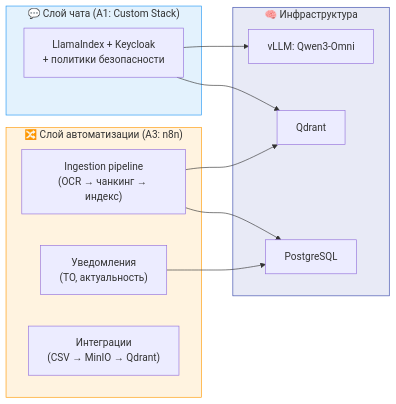
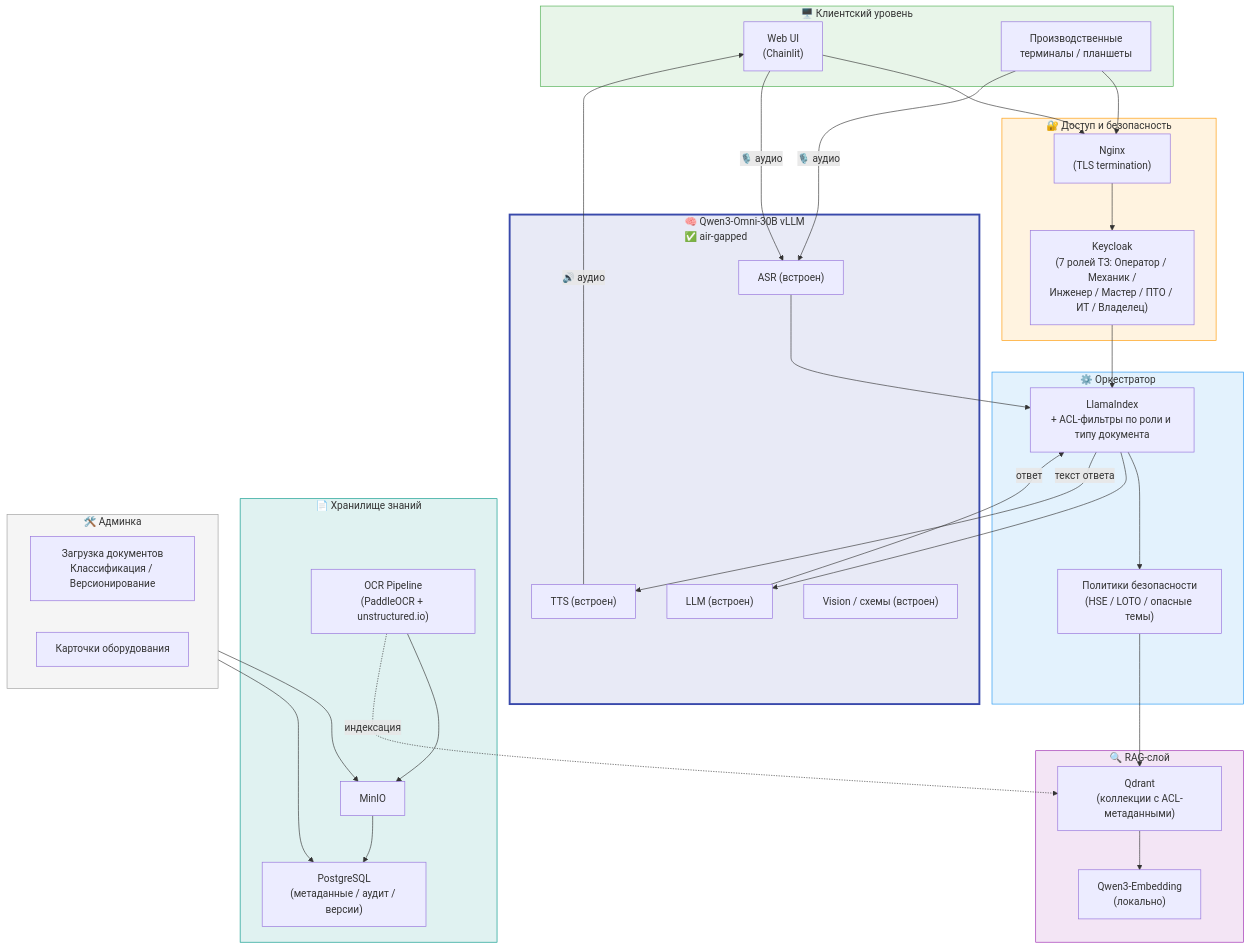
One commit to anatolyshipitsyn/gaz changed the fifth of 10 diagrams in review.md. Above: the diagram before and after it, drawn with Mermaid. The commit also changed other lines of this file, not shown here.

Commit message:
Обновлён раздел о рекомендуемой конфигурации MVP в review.md, уточнены архитектурные компоненты и их взаимодействие. Убраны ссылки на n8n, акцент на едином стеке с LlamaIndex и Keycloak для обеспечения полного контроля над RBAC. Обновлены плюсы и минусы, добавлено обоснование выбора архитектуры, а также скорректированы временные рамки проекта.

````diff
--- a/review.md
+++ b/review.md
@@ -319,26 +319,58 @@
 ```mermaid
-graph LR
-    subgraph CHAT_LAYER["💬 Слой чата (А1: Custom Stack)"]
-        CHAT2["LlamaIndex + Keycloak\n+ политики безопасности"]
-    end
-    subgraph AUTO_LAYER["🔀 Слой автоматизации (А3: n8n)"]
-        INGEST2["Ingestion pipeline\n(OCR → чанкинг → индекс)"]
-        NOTIF2["Уведомления\n(ТО, актуальность)"]
-        INTEG2["Интеграции\n(CSV → MinIO → Qdrant)"]
-    end
-    subgraph INFRA["🧠 Инфраструктура"]
-        VLLM_C["vLLM: Qwen3-Omni"]
-        QDRANT_C["Qdrant"]
-        PG_C["PostgreSQL"]
+graph TB
+    subgraph CLIENT["🖥️ Клиентский уровень"]
+        WEB["Web UI\n(Chainlit)"]
+        TERM["Производственные\nтерминалы / планшеты"]
     end
 
-    CHAT2 --> VLLM_C
-    CHAT2 --> QDRANT_C
-    INGEST2 --> QDRANT_C
-    INGEST2 --> PG_C
-    NOTIF2 --> PG_C
+    subgraph GATEWAY["🔐 Доступ и безопасность"]
+        PROXY["Nginx\n(TLS termination)"]
+        KC["Keycloak\n(7 ролей ТЗ: Оператор / Механик /\nИнженер / Мастер / ПТО / ИТ / Владелец)"]
+    end
 
-    style CHAT_LAYER fill:#e3f2fd,stroke:#2196f3
-    style AUTO_LAYER fill:#fff3e0,stroke:#ff9800
-    style INFRA fill:#e8eaf6,stroke:#3949ab
+    subgraph CORE["⚙️ Оркестратор"]
+        LL["LlamaIndex\n+ ACL-фильтры по роли и типу документа"]
+        POLICY["Политики безопасности\n(HSE / LOTO / опасные темы)"]
+    end
+
+    subgraph RAG["🔍 RAG-слой"]
+        Q["Qdrant\n(коллекции с ACL-метаданными)"]
+        E["Qwen3-Embedding\n(локально)"]
+    end
+
+    subgraph OMNI["🧠 Qwen3-Omni-30B vLLM\n✅ air-gapped"]
+        ASR_C["ASR (встроен)"]
+        LLM_C["LLM (встроен)"]
+        TTS_C["TTS (встроен)"]
+        VIS_C["Vision / схемы (встроен)"]
+    end
+
+    subgraph STORE["📄 Хранилище знаний"]
+        OCR["OCR Pipeline\n(PaddleOCR + unstructured.io)"]
+        MINIO["MinIO"]
+        PG["PostgreSQL\n(метаданные / аудит / версии)"]
+    end
+
+    subgraph ADMIN["🛠️ Админка"]
+        UPLOAD["Загрузка документов\nКлассификация / Версионирование"]
+        CARDS["Карточки оборудования"]
+    end
+
+    WEB & TERM --> PROXY --> KC --> LL
+    WEB & TERM -->|"🎙️ аудио"| ASR_C --> LL
+    LL --> POLICY --> Q --> E
+    LL --> LLM_C
+    LLM_C -->|"ответ"| LL
+    LL -->|"текст ответа"| TTS_C -->|"🔊 аудио"| WEB
+    OCR --> MINIO --> PG
+    OCR -.->|"индексация"| Q
+    ADMIN --> MINIO & PG
+
+    style CLIENT fill:#e8f5e9,stroke:#4caf50
+    style GATEWAY fill:#fff3e0,stroke:#ff9800
+    style CORE fill:#e3f2fd,stroke:#2196f3
+    style RAG fill:#f3e5f5,stroke:#9c27b0
+    style OMNI fill:#e8eaf6,stroke:#3949ab,stroke-width:3px
+    style STORE fill:#e0f2f1,stroke:#009688
+    style ADMIN fill:#f5f5f5,stroke:#9e9e9e
 ```
````
